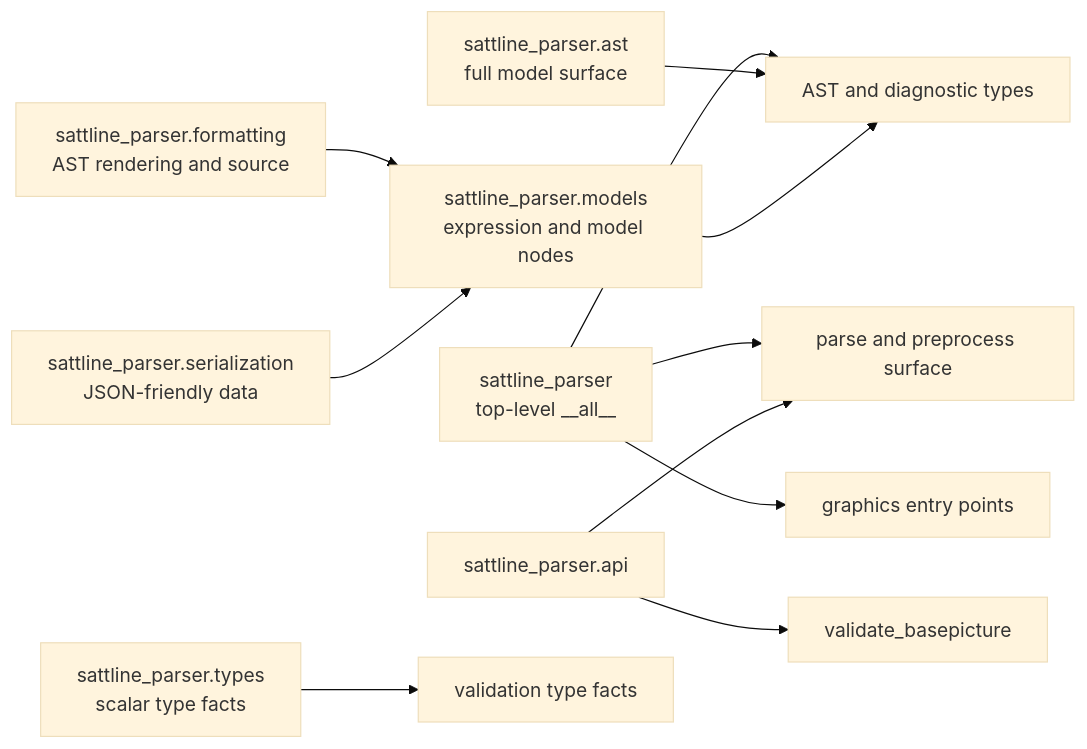
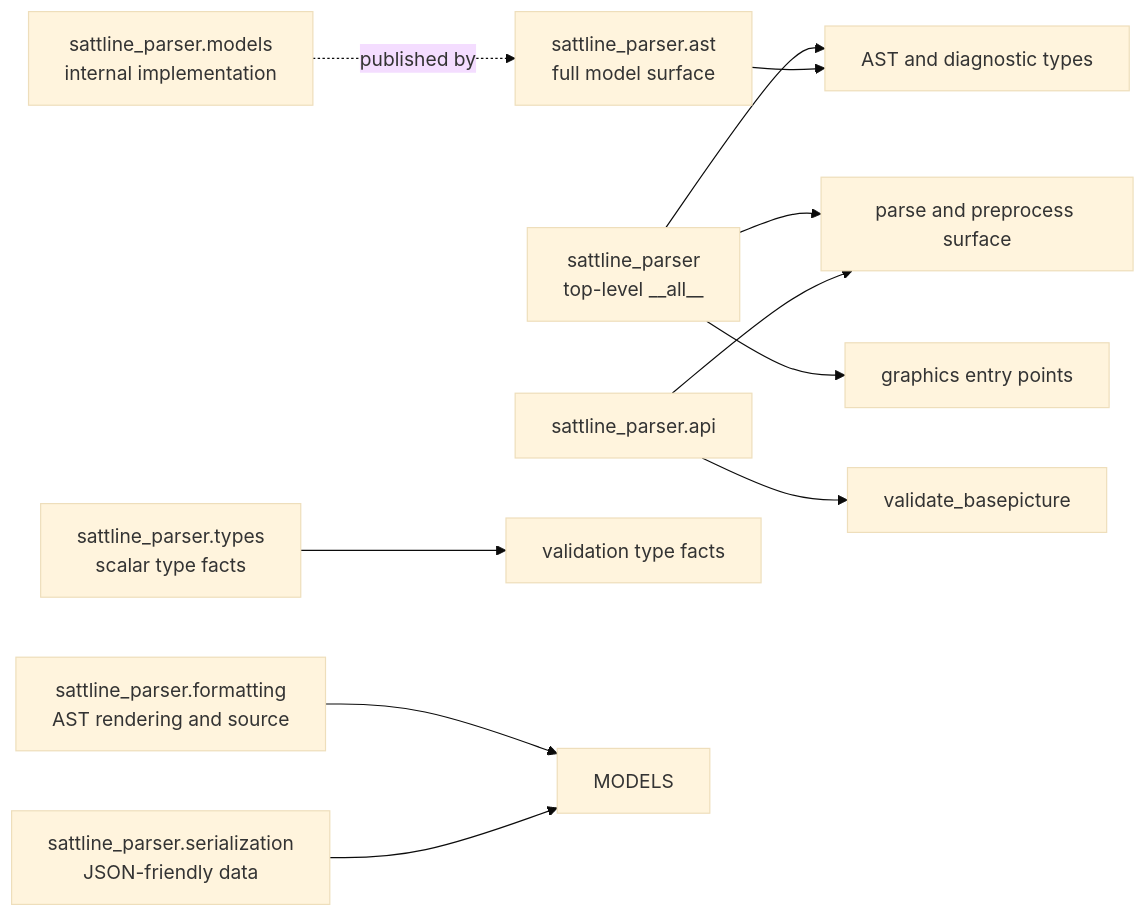
Before and after one commit to SorenHJohansen/sattline-parser: the diagram in docs/api.md, drawn with Mermaid (base theme). The commit also changed other lines of this file and 5 other files, not shown here.

````diff
--- a/docs/api.md
+++ b/docs/api.md
@@ -15,13 +16,13 @@
 ```mermaid
 flowchart LR
     TOP["sattline_parser<br/>top-level __all__"] --> CORE["parse and preprocess surface"]
     TOP --> ASTTYPES["AST and diagnostic types"]
     TOP --> GRAPH["graphics entry points"]
     AST["sattline_parser.ast<br/>full model surface"] --> ASTTYPES
-    MODELS["sattline_parser.models<br/>expression and model nodes"] --> ASTTYPES
+    INTERNAL["sattline_parser.models<br/>internal implementation"] -.->|published by| AST
     FAÇADE["sattline_parser.api"] --> CORE
     FAÇADE --> VALID["validate_basepicture"]
     FACTS["sattline_parser.types<br/>scalar type facts"] --> VALIDATION["validation type facts"]
     FORMAT["sattline_parser.formatting<br/>AST rendering and source"] --> MODELS
     SERIAL["sattline_parser.serialization<br/>JSON-friendly data"] --> MODELS
 ```
````
